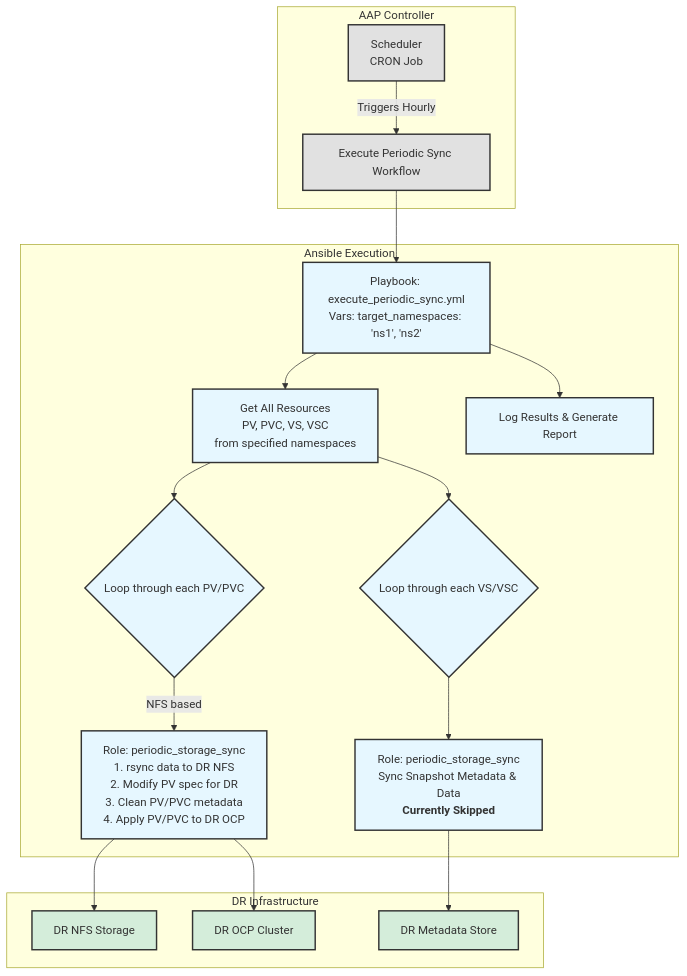
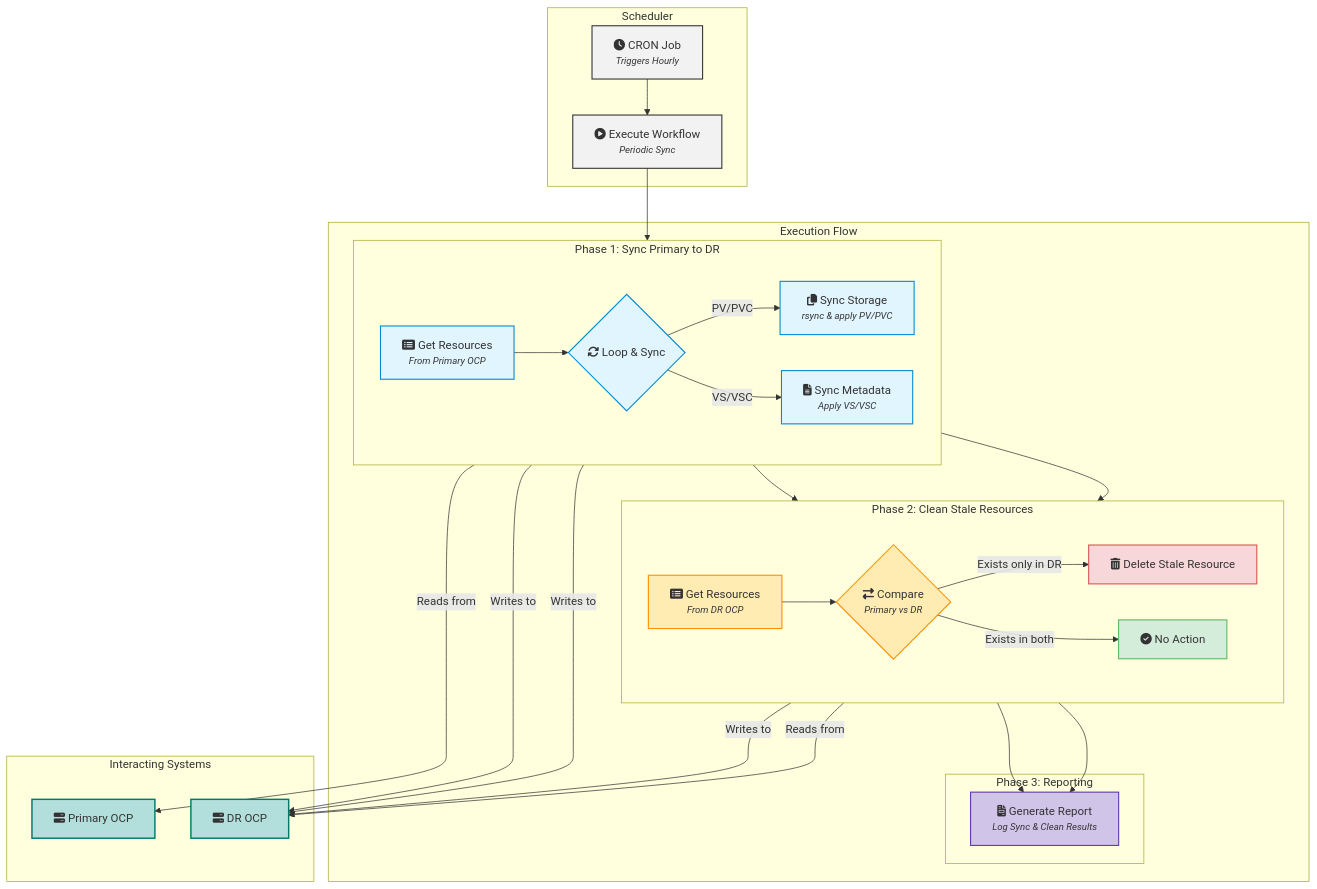
One commit to wangzheng422/ansible-dr-demo changed the second of 3 diagrams in planning/ansible-dr-design-en.md. Above: the diagram before and after it, drawn with Mermaid. The commit also changed other lines of this file, not shown here.

````diff
--- a/planning/ansible-dr-design-en.md
+++ b/planning/ansible-dr-design-en.md
@@ -54,35 +81,59 @@
 ```mermaid
 graph TD
-    subgraph AAP Controller
-        A[Scheduler<br>CRON Job] -- Triggers Hourly --> B[Execute Periodic Sync Workflow];
+    subgraph "Scheduler"
+        A["fa:fa-clock CRON Job<br><div style='font-size:smaller; font-style:italic'>Triggers Hourly</div>"] --> B["fa:fa-play-circle Execute Workflow<br><div style='font-size:smaller; font-style:italic'>Periodic Sync</div>"];
     end
 
-    subgraph Ansible Execution
-        B --> C[Playbook: execute_periodic_sync.yml<br>Vars: target_namespaces: 'ns1', 'ns2'];
-        C --> D[Get All Resources<br>PV, PVC, VS, VSC<br>from specified namespaces];
-        D --> E{Loop through each PV/PVC};
-        E -- NFS based --> F[Role: periodic_storage_sync<br>1. rsync data to DR NFS<br>2. Modify PV spec for DR<br>3. Clean PV/PVC metadata<br>4. Apply PV/PVC to DR OCP];
-        D --> G{Loop through each VS/VSC};
-        G --> H[Role: periodic_storage_sync<br>Sync Snapshot Metadata & Data<br><b>Currently Skipped</b>];
-        C --> I[Log Results & Generate Report];
+    subgraph "Execution Flow"
+        subgraph "Phase 1: Sync Primary to DR"
+            direction LR
+            C["fa:fa-list-alt Get Resources<br><div style='font-size:smaller; font-style:italic'>From Primary OCP</div>"] --> D{"fa:fa-sync Loop & Sync"};
+            D -- "PV/PVC" --> E["fa:fa-copy Sync Storage<br><div style='font-size:smaller; font-style:italic'>rsync & apply PV/PVC</div>"];
+            D -- "VS/VSC" --> F["fa:fa-file-alt Sync Metadata<br><div style='font-size:smaller; font-style:italic'>Apply VS/VSC</div>"];
+        end
+
+        subgraph "Phase 2: Clean Stale Resources"
+            direction LR
+            G["fa:fa-list-alt Get Resources<br><div style='font-size:smaller; font-style:italic'>From DR OCP</div>"] --> H{"fa:fa-exchange-alt Compare<br><div style='font-size:smaller; font-style:italic'>Primary vs DR</div>"};
+            H -- "Exists only in DR" --> I["fa:fa-trash-alt Delete Stale Resource"];
+            H -- "Exists in both" --> J["fa:fa-check-circle No Action"];
+        end
+
+        subgraph "Phase 3: Reporting"
+            K["fa:fa-file-invoice Generate Report<br><div style='font-size:smaller; font-style:italic'>Log Sync & Clean Results</div>"]
+        end
     end
 
-    subgraph "DR Infrastructure"
-        F --> J[DR NFS Storage];
-        F --> L[DR OCP Cluster];
-        H --> K[DR Metadata Store];
+    B --> C;
+    E --> G;
+    F --> G;
+    I --> K;
+    J --> K;
+
+    subgraph "Interacting Systems"
+        PrimaryOCP["fa:fa-server Primary OCP"]
+        DROCP["fa:fa-server DR OCP"]
     end
 
-    style A fill:#e1e1e1,stroke:#333,stroke-width:2px
-    style B fill:#e1e1e1,stroke:#333,stroke-width:2px
-    style C fill:#e6f7ff,stroke:#333,stroke-width:2px
-    style D fill:#e6f7ff,stroke:#333,stroke-width:2px
-    style E fill:#e6f7ff,stroke:#333,stroke-width:2px
-    style F fill:#e6f7ff,stroke:#333,stroke-width:2px
-    style G fill:#e6f7ff,stroke:#333,stroke-width:2px
-    style H fill:#e6f7ff,stroke:#333,stroke-width:2px
-    style I fill:#e6f7ff,stroke:#333,stroke-width:2px
-    style J fill:#d4edda,stroke:#333,stroke-width:2px
-    style K fill:#d4edda,stroke:#333,stroke-width:2px
-    style L fill:#d4edda,stroke:#333,stroke-width:2px
+    C -- Reads from --> PrimaryOCP;
+    E -- Writes to --> DROCP;
+    F -- Writes to --> DROCP;
+    G -- Reads from --> DROCP;
+    I -- Writes to --> DROCP;
+
+    classDef scheduler fill:#f2f2f2,stroke:#333,stroke-width:1.5px;
+    classDef phase1 fill:#e1f5fe,stroke:#0288d1,stroke-width:1.5px;
+    classDef phase2 fill:#ffecb3,stroke:#ff8f00,stroke-width:1.5px;
+    classDef phase3 fill:#d1c4e9,stroke:#5e35b1,stroke-width:1.5px;
+    classDef system fill:#b2dfdb,stroke:#00796b,stroke-width:2px;
+    classDef delete fill:#f8d7da,stroke:#d9534f,stroke-width:1.5px;
+    classDef no_action fill:#d4edda,stroke:#5cb85c,stroke-width:1.5px;
+
+    class A,B scheduler;
+    class C,D,E,F phase1;
+    class G,H phase2;
+    class I delete;
+    class J no_action;
+    class K phase3;
+    class PrimaryOCP,DROCP system;
 ```
````
